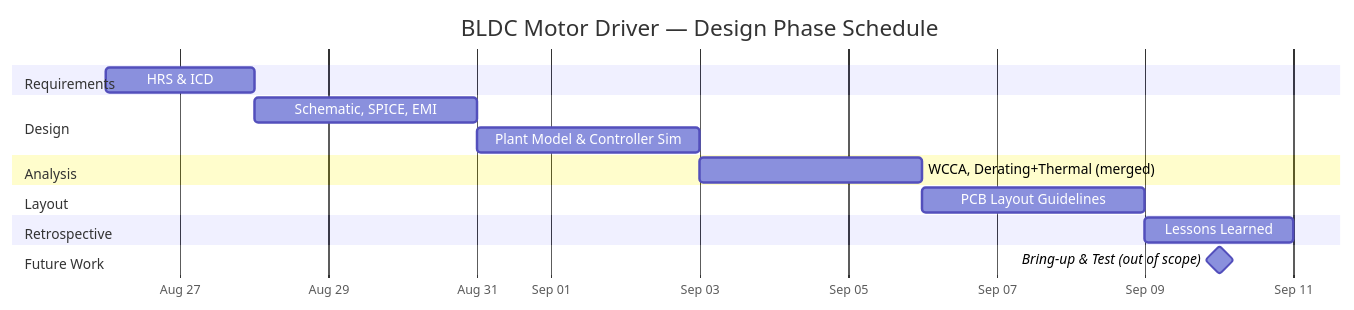
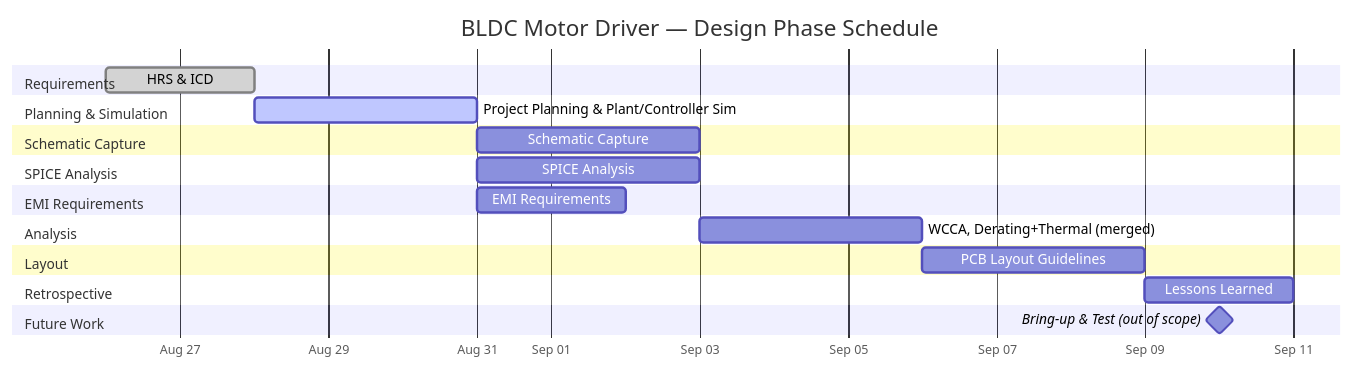
One commit to ckremer99/bldc-motor-driver changed the diagram in README.md. Above: the diagram before and after it, drawn with Mermaid. The commit also changed other lines of this file and 7 other files, not shown here.

````diff
--- a/README.md
+++ b/README.md
@@ -59,26 +59,34 @@
 ```mermaid
 gantt
     title BLDC Motor Driver — Design Phase Schedule
     dateFormat  YYYY-MM-DD
     axisFormat  %b %d
     todayMarker off
 
     section Requirements
-    HRS & ICD                          :req, 2026-08-26, 2d
+    HRS & ICD                          :done, req, 2026-08-26, 2d
 
-    section Design
-    Schematic, SPICE, EMI              :design1, after req, 3d
-    Plant Model & Controller Sim       :design2, after design1, 3d
+    section Planning & Simulation
+    Project Planning & Plant/Controller Sim :active, plansim, after req, 3d
+
+    section Schematic Capture
+    Schematic Capture                  :schem, after plansim, 3d
+
+    section SPICE Analysis
+    SPICE Analysis                     :spice, after plansim, 3d
+
+    section EMI Requirements
+    EMI Requirements                   :emi, after plansim, 2d
 
     section Analysis
-    WCCA, Derating+Thermal (merged)    :analysis, after design2, 3d
+    WCCA, Derating+Thermal (merged)    :analysis, after schem spice emi, 3d
 
     section Layout
     PCB Layout Guidelines              :layout, after analysis, 3d
 
     section Retrospective
     Lessons Learned                    :retro, after layout, 2d
 
     section Future Work
     Bring-up & Test (out of scope)     :milestone, future, 2026-09-10, 0d
 ```
````
